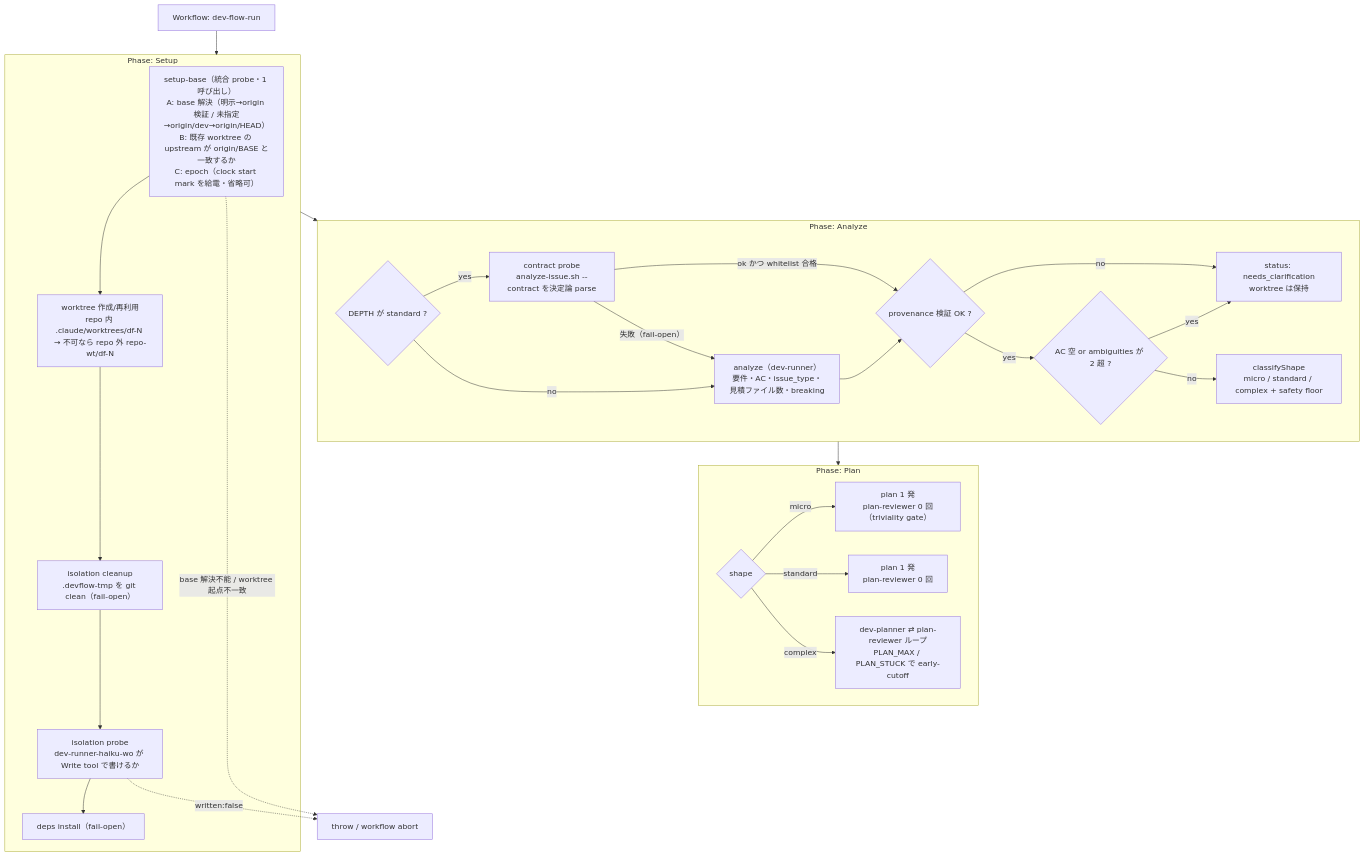
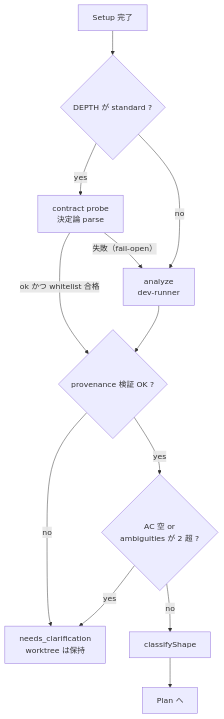
One commit to it-all-playpark/skills changed the third of 14 diagrams in docs/dev-flow-atlas.md. Above: the diagram before and after it, drawn with Mermaid. The commit also changed other lines of this file, not shown here.

First line of the commit message:
docs(dev-flow): パイプライン図を phase ごとに 1 枚へ分解する

````diff
--- a/docs/dev-flow-atlas.md
+++ b/docs/dev-flow-atlas.md
@@ -65,48 +90,14 @@
 ```mermaid
 flowchart TD
-    WF["Workflow: dev-flow-run"] --> SETUP
-
-    subgraph SETUP["Phase: Setup"]
-        S1["setup-base（統合 probe・1 呼び出し）<br/>A: base 解決（明示→origin 検証 / 未指定→origin/dev→origin/HEAD）<br/>B: 既存 worktree の upstream が origin/BASE と一致するか<br/>C: epoch（clock start mark を給電・省略可）"]
-        S3["worktree 作成/再利用<br/>repo 内 .claude/worktrees/df-N → 不可なら repo 外 repo-wt/df-N"]
-        S4["isolation cleanup<br/>.devflow-tmp を git clean（fail-open）"]
-        S5["isolation probe<br/>dev-runner-haiku-wo が Write tool で書けるか"]
-        S6["deps install（fail-open）"]
-        S1 --> S3 --> S4 --> S5 --> S6
-    end
-
-    S1 -.->|"base 解決不能 / worktree 起点不一致"| ABORT["throw / workflow abort"]
-    S5 -.->|"written:false"| ABORT
-
-    SETUP --> ANA
-
-    subgraph ANA["Phase: Analyze"]
-        A0{"DEPTH が standard ?"}
-        A1["contract probe<br/>analyze-issue.sh --contract を決定論 parse"]
-        A2["analyze（dev-runner）<br/>要件・AC・issue_type・見積ファイル数・breaking"]
-        A3{"provenance 検証 OK ?"}
-        A4{"AC 空 or ambiguities が 2 超 ?"}
-        A5["classifyShape<br/>micro / standard / complex + safety floor"]
-        A0 -->|yes| A1
-        A0 -->|no| A2
-        A1 -->|"ok かつ whitelist 合格"| A3
-        A1 -->|"失敗（fail-open）"| A2
-        A2 --> A3
-        A3 -->|no| NC["status: needs_clarification<br/>worktree は保持"]
-        A3 -->|yes| A4
-        A4 -->|yes| NC
-        A4 -->|no| A5
-    end
-
-    ANA --> PLAN
-
-    subgraph PLAN["Phase: Plan"]
-        P0{"shape"}
-        P1["plan 1 発<br/>plan-reviewer 0 回（triviality gate）"]
-        P2["plan 1 発<br/>plan-reviewer 0 回"]
-        P3["dev-planner ⇄ plan-reviewer ループ<br/>PLAN_MAX / PLAN_STUCK で early-cutoff"]
-        P0 -->|micro| P1
-        P0 -->|standard| P2
-        P0 -->|complex| P3
-    end
+    IN["Setup 完了"] --> A0{"DEPTH が standard ?"}
+    A0 -->|yes| A1["contract probe<br/>決定論 parse"]
+    A0 -->|no| A2["analyze<br/>dev-runner"]
+    A1 -->|"ok かつ whitelist 合格"| A3
+    A1 -->|"失敗（fail-open）"| A2
+    A2 --> A3{"provenance 検証 OK ?"}
+    A3 -->|no| NC["needs_clarification<br/>worktree は保持"]
+    A3 -->|yes| A4{"AC 空 or<br/>ambiguities が 2 超 ?"}
+    A4 -->|yes| NC
+    A4 -->|no| A5["classifyShape"]
+    A5 --> OUT["Plan へ"]
 ```
````
